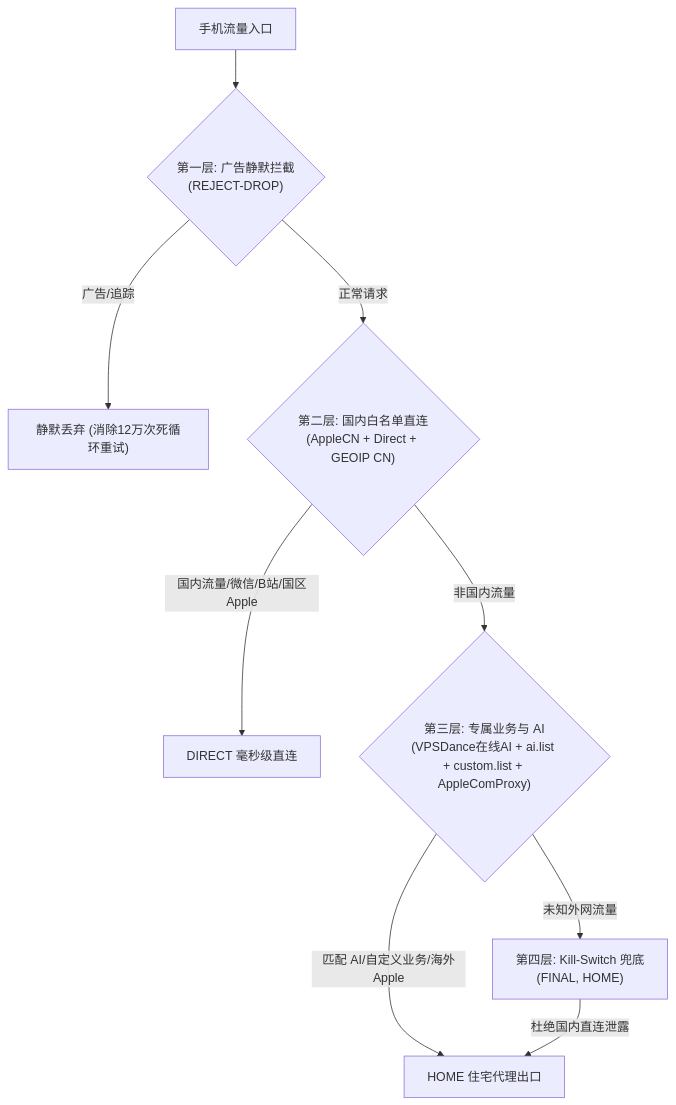
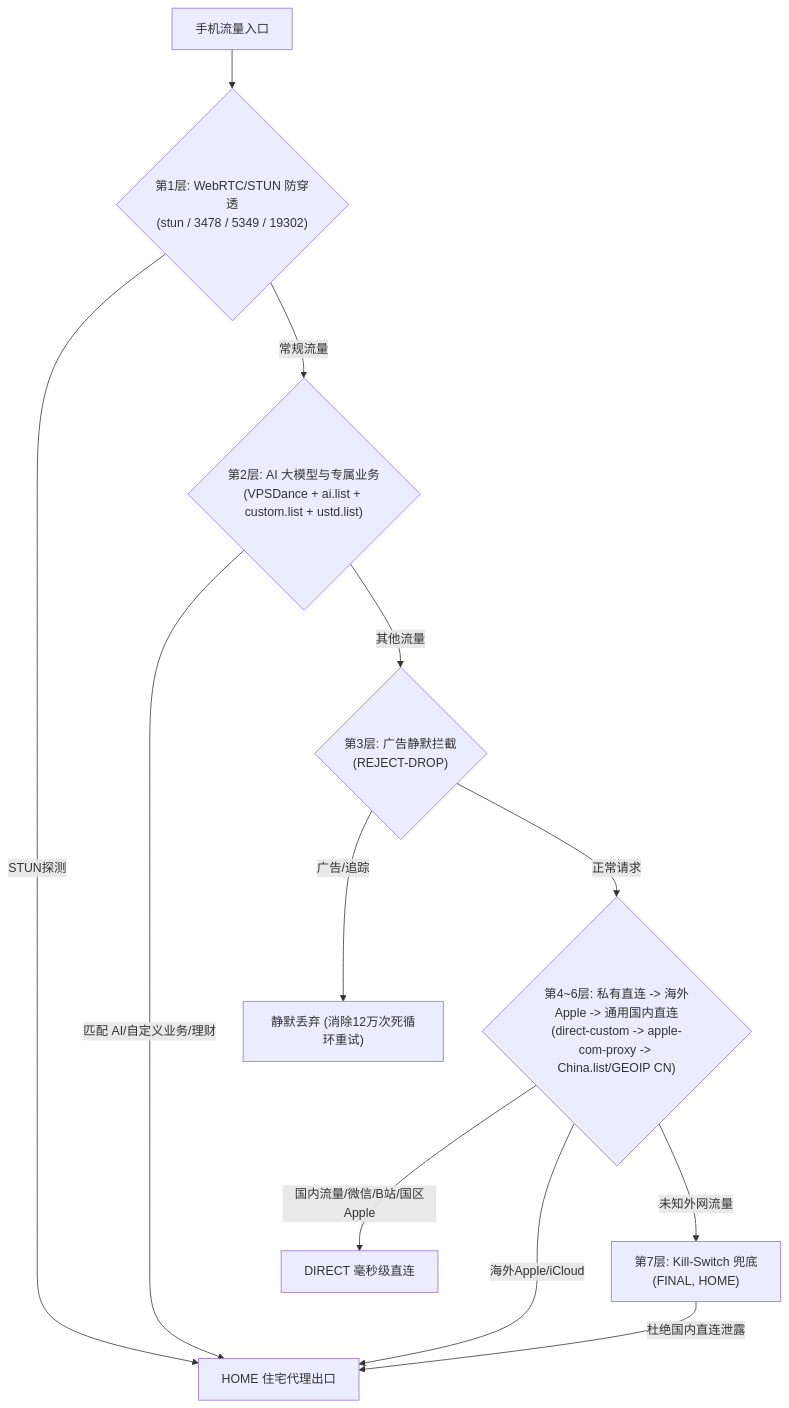
The diagram in .dosc/apple-optimization.md (IHexing/conf), drawn with Mermaid before and after one commit. The commit also changed other lines of this file and 11 other files, not shown here.

````diff
--- a/.dosc/apple-optimization.md
+++ b/.dosc/apple-optimization.md
@@ -57,11 +57,14 @@
 ```mermaid
 flowchart TD
-    A["手机流量入口"] --> B{"第一层: 广告静默拦截<br/>(REJECT-DROP)"}
+    A["手机流量入口"] --> S{"第1层: WebRTC/STUN 防穿透<br/>(stun / 3478 / 5349 / 19302)"}
+    S -->|STUN探测| G["HOME 住宅代理出口"]
+    S -->|常规流量| F{"第2层: AI 大模型与专属业务<br/>(VPSDance + ai.list + custom.list + ustd.list)"}
+    F -->|匹配 AI/自定义业务/理财| G
+    F -->|其他流量| B{"第3层: 广告静默拦截<br/>(REJECT-DROP)"}
     B -->|广告/追踪| C["静默丢弃 (消除12万次死循环重试)"]
-    B -->|正常请求| D{"第二层: 国内白名单直连<br/>(AppleCN + Direct + GEOIP CN)"}
-    D -->|国内流量/微信/B站/国区Apple| E["DIRECT 毫秒级直连"]
-    D -->|非国内流量| F{"第三层: 专属业务与 AI<br/>(VPSDance在线AI + ai.list + custom.list + AppleComProxy)"}
-    F -->|匹配 AI/自定义业务/海外Apple| G["HOME 住宅代理出口"]
-    F -->|未知外网流量| H["第四层: Kill-Switch 兜底<br/>(FINAL, HOME)"]
+    B -->|正常请求| D1{"第4~6层: 私有直连 -> 海外Apple -> 通用国内直连<br/>(direct-custom -> apple-com-proxy -> China.list/GEOIP CN)"}
+    D1 -->|国内流量/微信/B站/国区Apple| E["DIRECT 毫秒级直连"]
+    D1 -->|海外Apple/iCloud| G
+    D1 -->|未知外网流量| H["第7层: Kill-Switch 兜底<br/>(FINAL, HOME)"]
     H -->|杜绝国内直连泄露| G
 ```
````
